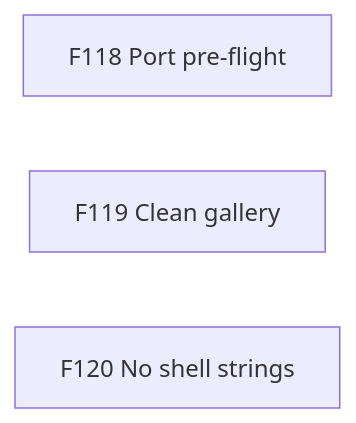
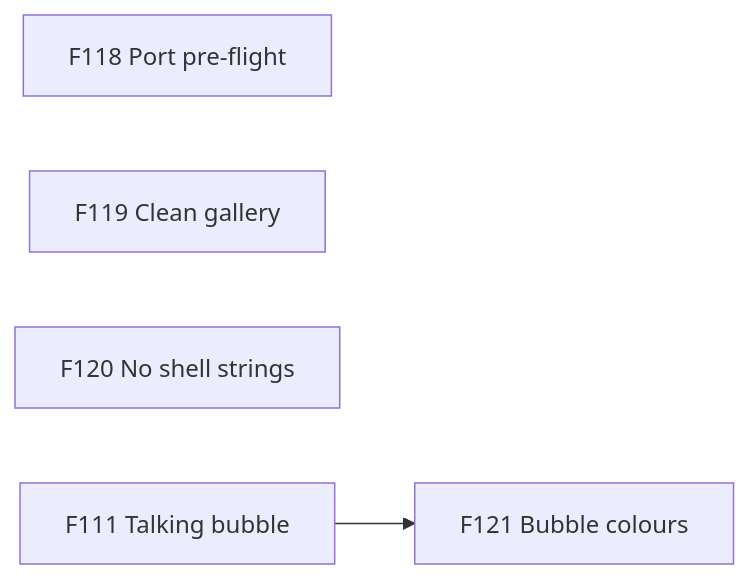
Before and after one commit to TheBlueMuzzy/framework: diagram 13 of 13 in .planning/ROADMAP.md, drawn with Mermaid. The commit also changed other lines of this file and 2 other files, not shown here.

Commit message:
Sprint 32: pull in F121 — TalkingBubble colours from the game's content (Goops F35)

````diff
--- a/.planning/ROADMAP.md
+++ b/.planning/ROADMAP.md
@@ -294,6 +295,7 @@
 ```mermaid
 flowchart LR
   F118[F118 Port pre-flight]
   F119[F119 Clean gallery]
   F120[F120 No shell strings]
+  F111[F111 Talking bubble] --> F121[F121 Bubble colours]
 ```
````
